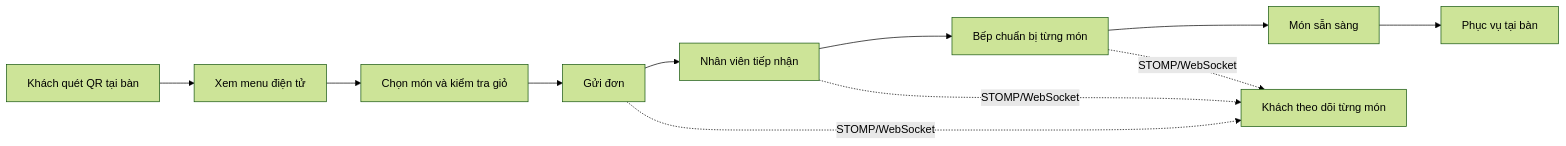
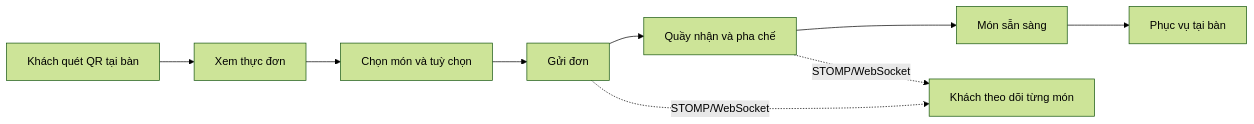
One commit to Anpham120/restaurant-qr-ai-ordering-mobile changed the first of 2 diagrams in README.md. Above: the diagram before and after it, drawn with Mermaid (forest theme). The commit also changed other lines of this file and 23 other files, not shown here.

````diff
--- a/README.md
+++ b/README.md
@@ -53,13 +56,11 @@
 ```mermaid
 flowchart LR
-  Scan["Khách quét QR tại bàn"] --> Menu["Xem menu điện tử"]
-  Menu --> Cart["Chọn món và kiểm tra giỏ"]
+  Scan["Khách quét QR tại bàn"] --> Menu["Xem thực đơn"]
+  Menu --> Cart["Chọn món và tuỳ chọn"]
   Cart --> Order["Gửi đơn"]
-  Order --> Staff["Nhân viên tiếp nhận"]
-  Staff --> Kitchen["Bếp chuẩn bị từng món"]
-  Kitchen --> Ready["Món sẵn sàng"]
+  Order --> Counter["Quầy nhận và pha chế"]
+  Counter --> Ready["Món sẵn sàng"]
   Ready --> Served["Phục vụ tại bàn"]
   Order -. "STOMP/WebSocket" .-> Track["Khách theo dõi từng món"]
-  Staff -. "STOMP/WebSocket" .-> Track
-  Kitchen -. "STOMP/WebSocket" .-> Track
+  Counter -. "STOMP/WebSocket" .-> Track
 ```
````
